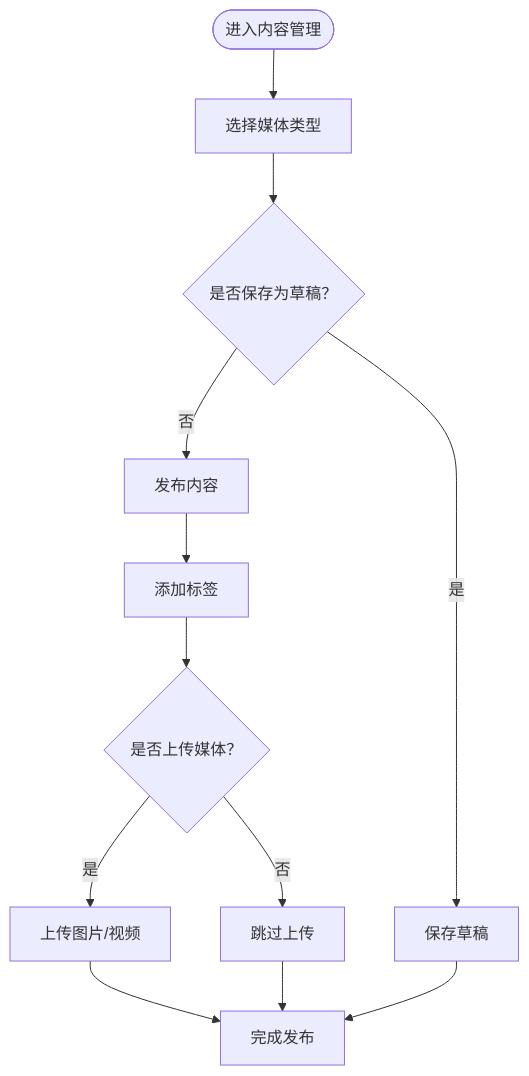
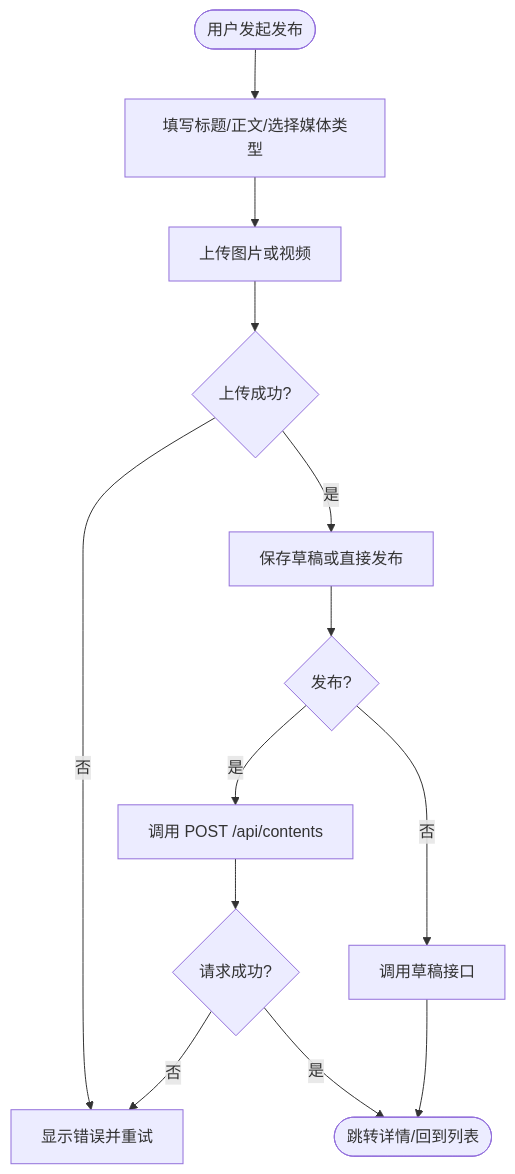
One commit to koala-xiong/communication-qoder changed the fourth of 7 diagrams in .qoder/repowiki/zh/content/项目概述.md. Above: the diagram before and after it, drawn with Mermaid. The commit also changed other lines of this file and 73 other files, not shown here.

````diff
--- a/.qoder/repowiki/zh/content/项目概述.md
+++ b/.qoder/repowiki/zh/content/项目概述.md
@@ -231,14 +181,15 @@
 ```mermaid
 flowchart TD
-Start(["进入内容管理"]) --> Choose["选择媒体类型"]
-Choose --> Draft{"是否保存为草稿？"}
-Draft --> |是| SaveDraft["保存草稿"]
-Draft --> |否| Publish["发布内容"]
-Publish --> Tags["添加标签"]
-Tags --> Upload{"是否上传媒体？"}
-Upload --> |是| UploadMedia["上传图片/视频"]
-Upload --> |否| SkipUpload["跳过上传"]
-UploadMedia --> Done["完成发布"]
-SkipUpload --> Done
+Start(["用户发起发布"]) --> Fill["填写标题/正文/选择媒体类型"]
+Fill --> Upload["上传图片或视频"]
+Upload --> UploadOK{"上传成功?"}
+UploadOK --> |否| ShowErr["显示错误并重试"]
+UploadOK --> |是| Draft["保存草稿或直接发布"]
+Draft --> Publish{"发布?"}
+Publish --> |是| CallAPI["调用 POST /api/contents"]
+Publish --> |否| SaveDraft["调用草稿接口"]
+CallAPI --> RespOK{"请求成功?"}
+RespOK --> |否| ShowErr
+RespOK --> |是| Done(["跳转详情/回到列表"])
 SaveDraft --> Done
 ```
````
